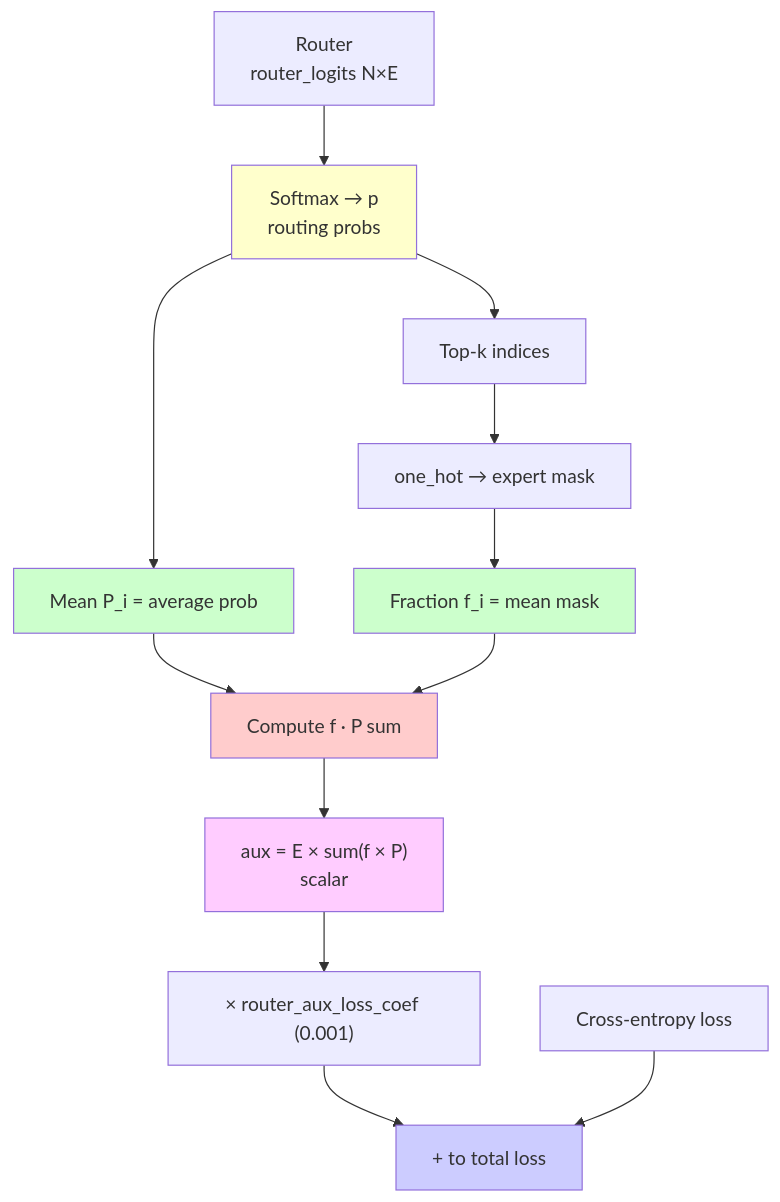
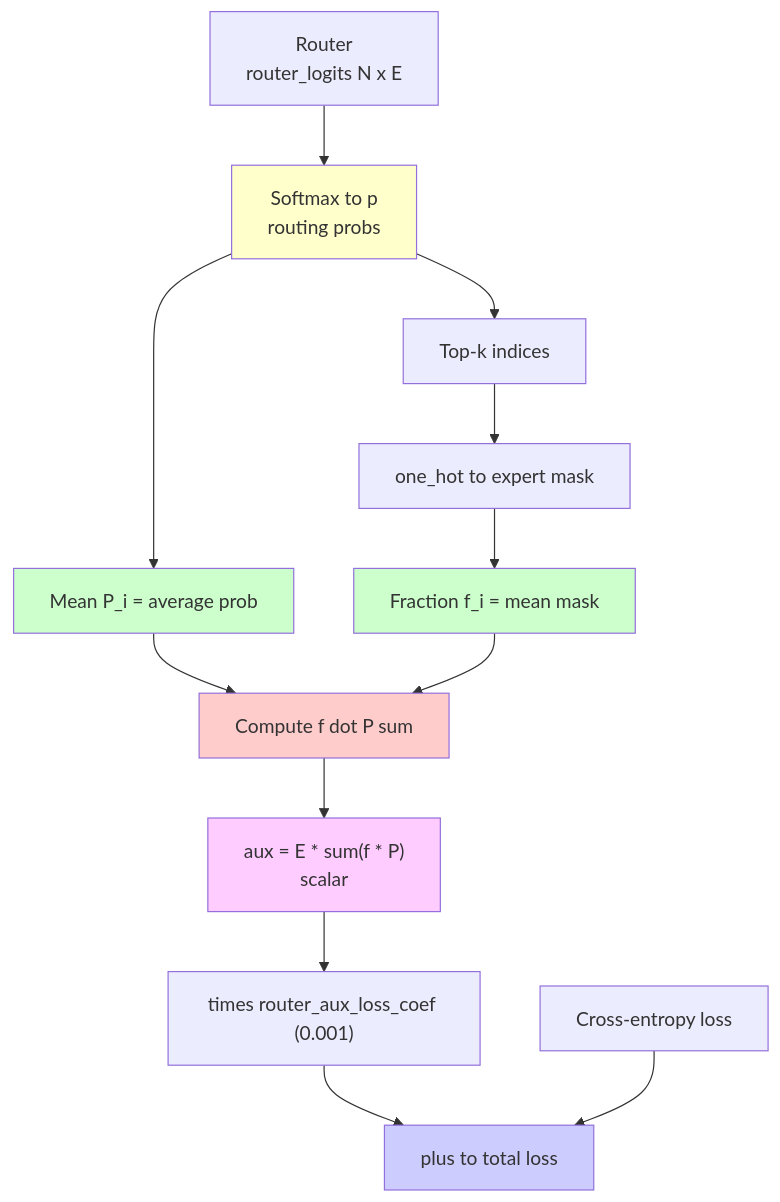
One commit to tuandung222/mixture-of-experts-from-source changed the sixth of 9 diagrams in docs/06-mathematical-modeling/06-visualizations-gallery.md. Above: the diagram before and after it, drawn with Mermaid. The commit also changed other lines of this file and 9 other files, not shown here.

Commit message:
D8: fix Mermaid parse errors, add qa:mermaid validator + update AGENTS.md

````diff
--- a/docs/06-mathematical-modeling/06-visualizations-gallery.md
+++ b/docs/06-mathematical-modeling/06-visualizations-gallery.md
@@ -154,22 +154,22 @@
 ```mermaid
 flowchart TD
-    Router[Router<br/>router_logits N×E] --> Softmax[Softmax → p<br/>routing probs]
-    Softmax --> TopK[Top-k indices]
-    Softmax --> P[Mean P_i = average prob]
-    TopK --> OneHot[one_hot → expert mask]
-    OneHot --> F[Fraction f_i = mean mask]
+    Router["Router<br/>router_logits N x E"] --> Softmax["Softmax to p<br/>routing probs"]
+    Softmax --> TopK["Top-k indices"]
+    Softmax --> P["Mean P_i = average prob"]
+    TopK --> OneHot["one_hot to expert mask"]
+    OneHot --> F["Fraction f_i = mean mask"]
 
-    P --> Dot[Compute f · P sum]
+    P --> Dot["Compute f dot P sum"]
     F --> Dot
-    Dot --> AuxLoss["aux = E × sum(f × P)<br/>scalar"]
-    AuxLoss --> Scale["× router_aux_loss_coef (0.001)"]
-    Scale --> Total[+ to total loss]
-    CE[Cross-entropy loss] --> Total
+    Dot --> AuxLoss["aux = E * sum(f * P)<br/>scalar"]
+    AuxLoss --> Scale["times router_aux_loss_coef (0.001)"]
+    Scale --> Total["plus to total loss"]
+    CE["Cross-entropy loss"] --> Total
 
     style Softmax fill:#ffc
     style P fill:#cfc
     style F fill:#cfc
     style Dot fill:#fcc
     style AuxLoss fill:#fcf
     style Total fill:#ccf
 ```
````
